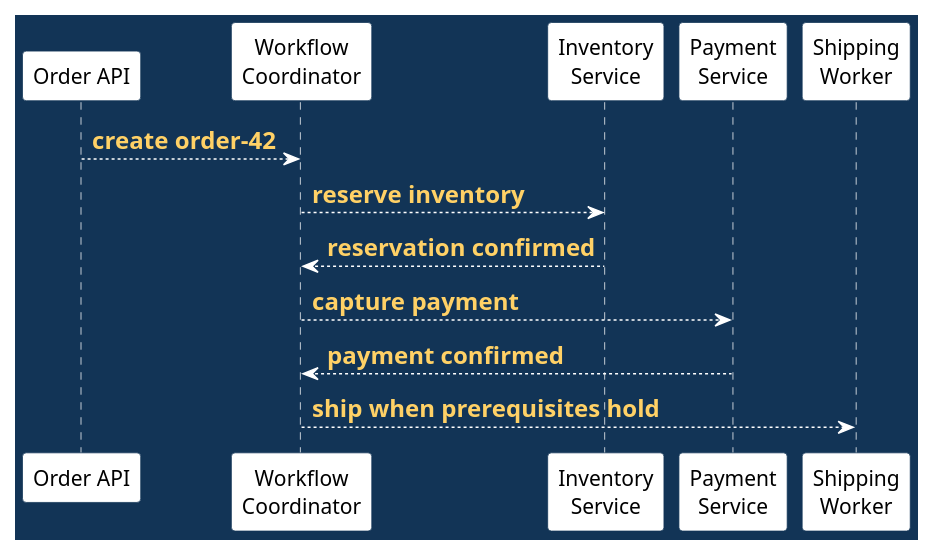
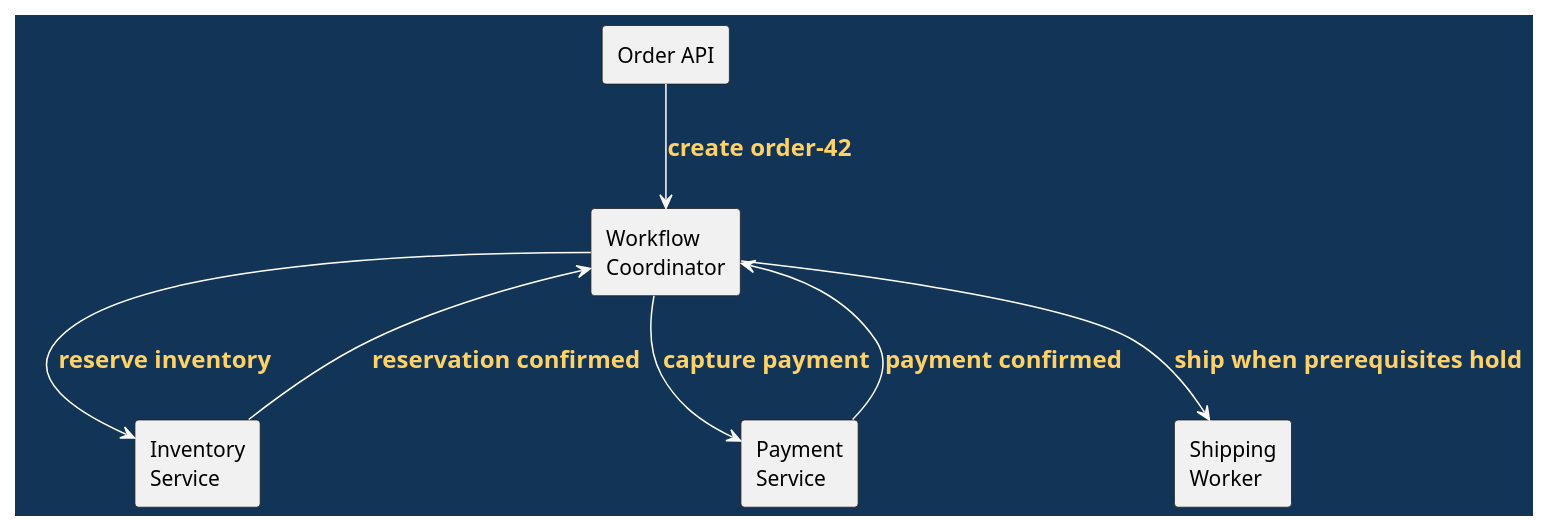
Before and after one commit to madajaju/CS5254: the second of 15 diagrams in doc/lectures/week5/workflow_example/README.slides.adoc, drawn with PlantUML. The commit also changed other lines of this file and 74 other files, not shown here.

```diff
--- a/doc/lectures/week5/workflow_example/README.slides.adoc
+++ b/doc/lectures/week5/workflow_example/README.slides.adoc
@@ -55,31 +55,31 @@
 [plantuml,normal-interaction,svg,width=100%]
 ----
 @startuml
 skinparam BackgroundColor #123456
 skinparam DefaultFontColor black
 skinparam ArrowColor white
 skinparam ArrowFontColor #ffd166
 skinparam ArrowFontStyle bold
 skinparam ArrowFontSize 16
 skinparam BorderColor #123456
 skinparam shadowing false
 skinparam sequence {
   LifeLineBorderColor white
   LifeLineBackgroundColor white
   ParticipantBorderColor #123456
   ParticipantBackgroundColor white
   ParticipantFontColor black
 }
-participant "Order API" as API
-participant "Workflow\nCoordinator" as C
-participant "Inventory\nService" as I
-participant "Payment\nService" as P
-participant "Shipping\nWorker" as S
+rectangle "Order API" as API
+rectangle "Workflow\nCoordinator" as C
+rectangle "Inventory\nService" as I
+rectangle "Payment\nService" as P
+rectangle "Shipping\nWorker" as S
 API --> C : create order-42
 C --> I : reserve inventory
 I --> C : reservation confirmed
 C --> P : capture payment
 P --> C : payment confirmed
 C --> S : ship when prerequisites hold
 @enduml
 ----
```
